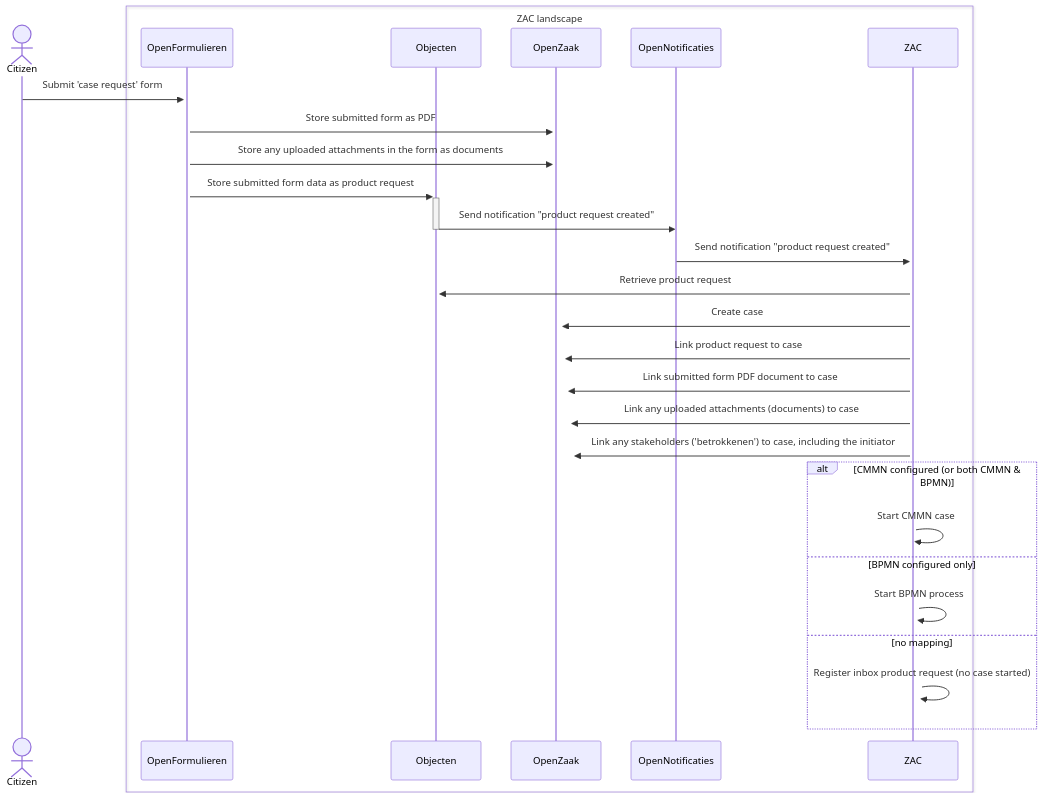
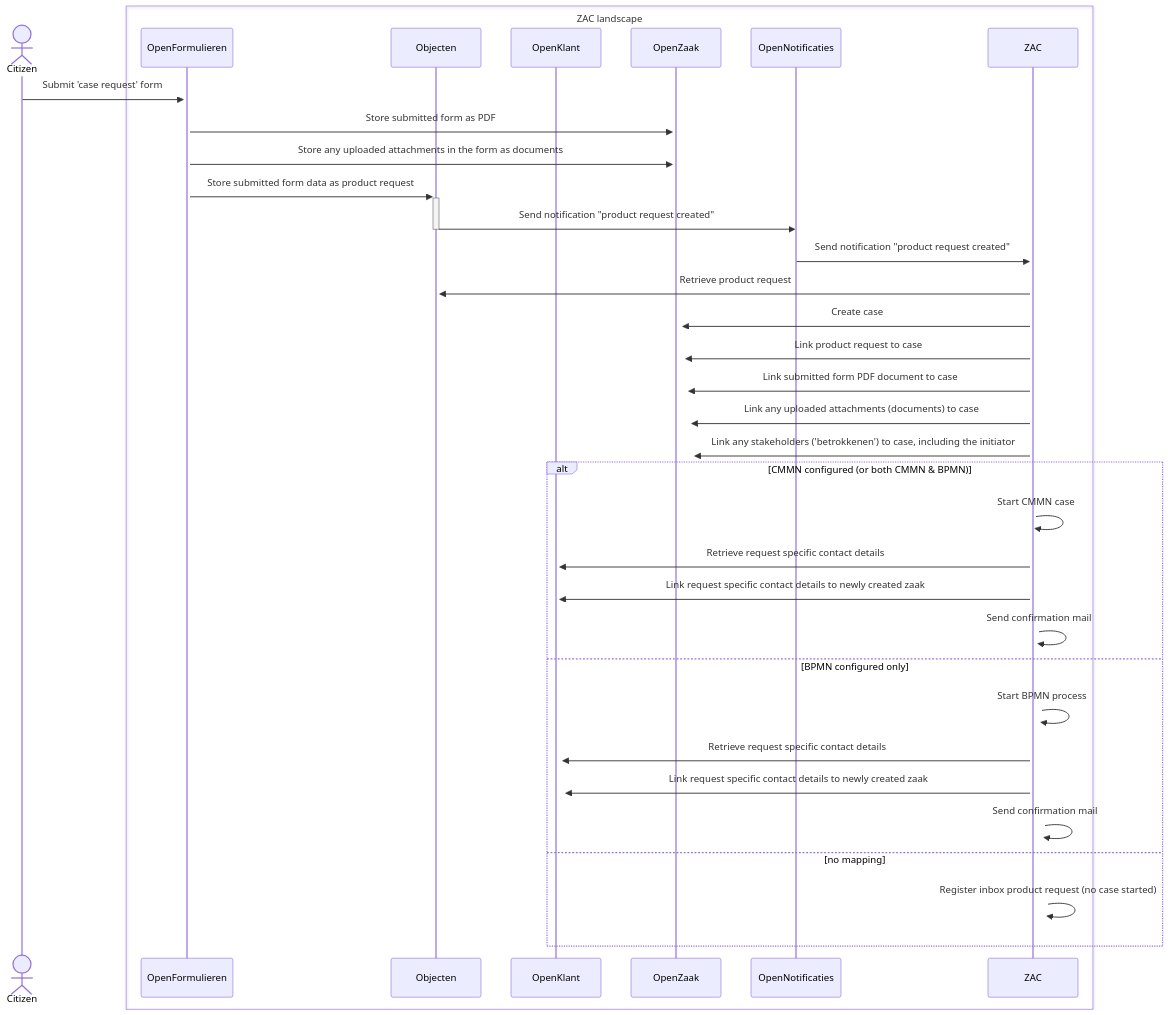
The diagram in docs/solution-architecture/productRequestSupport.md (infonl/dimpact-zaakafhandelcomponent), drawn with Mermaid before and after one commit. The commit also changed other lines of this file, not shown here.

Commit message:
chore: PZ-10640 Update documentation

````diff
--- a/docs/solution-architecture/productRequestSupport.md
+++ b/docs/solution-architecture/productRequestSupport.md
@@ -44,31 +48,38 @@
 ```mermaid
 sequenceDiagram
     actor Citizen
     box ZAC landscape
     participant OpenFormulieren
     participant Objecten
+    participant OpenKlant
     participant OpenZaak
     participant OpenNotificaties
     participant ZAC
     end
 
     Citizen->>+OpenFormulieren: Submit 'case request' form
     OpenFormulieren->>+OpenZaak: Store submitted form as PDF
     OpenFormulieren->>+OpenZaak: Store any uploaded attachments in the form as documents
     OpenFormulieren->>+Objecten: Store submitted form data as product request
     Objecten->>-OpenNotificaties: Send notification "product request created"
     OpenNotificaties->>+ZAC: Send notification "product request created"
     ZAC->>+Objecten: Retrieve product request
     ZAC->>+OpenZaak: Create case
     ZAC->>+OpenZaak: Link product request to case
     ZAC->>+OpenZaak: Link submitted form PDF document to case
     ZAC->>+OpenZaak: Link any uploaded attachments (documents) to case
     ZAC->>+OpenZaak: Link any stakeholders ('betrokkenen') to case, including the initiator
     alt CMMN configured (or both CMMN & BPMN)
         ZAC->>+ZAC: Start CMMN case
+        ZAC->>+OpenKlant: Retrieve request specific contact details
+        ZAC->>+OpenKlant: Link request specific contact details to newly created zaak
+        ZAC->>+ZAC: Send confirmation mail
     else BPMN configured only
         ZAC->>+ZAC: Start BPMN process
+        ZAC->>+OpenKlant: Retrieve request specific contact details
+        ZAC->>+OpenKlant: Link request specific contact details to newly created zaak
+        ZAC->>+ZAC: Send confirmation mail
     else no mapping
         ZAC->>+ZAC: Register inbox product request (no case started)
     end
 ```
````
